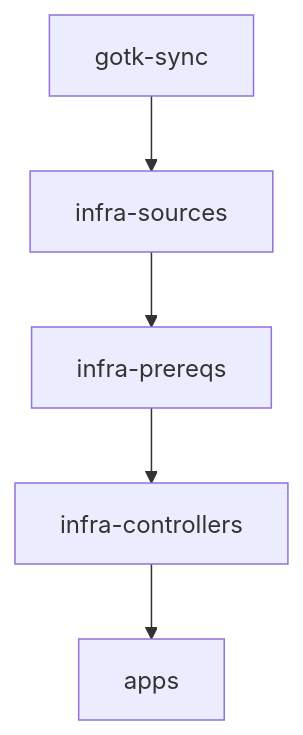
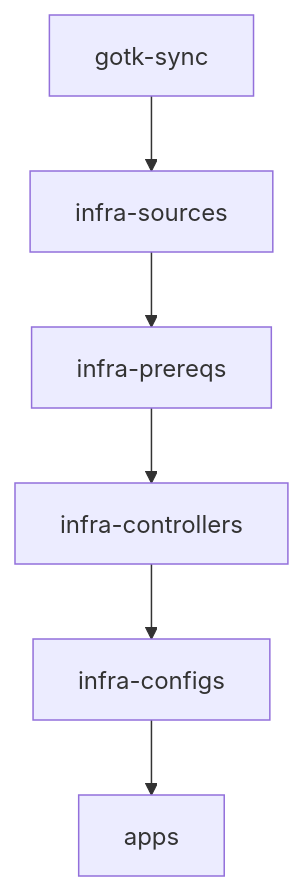
One commit to damoun/fleet-infra changed the diagram in AGENTS.md. Above: the diagram before and after it, drawn with Mermaid. The commit also changed other lines of this file, not shown here.

Commit message:
docs: add infra-configs to the AGENTS.md layer flow

````diff
--- a/AGENTS.md
+++ b/AGENTS.md
@@ -130,7 +131,8 @@
 ```mermaid
 flowchart TD
     Sync[gotk-sync] --> Sources[infra-sources]
     Sources --> Prereqs[infra-prereqs]
     Prereqs --> Controllers[infra-controllers]
-    Controllers --> Apps[apps]
+    Controllers --> Configs[infra-configs]
+    Configs --> Apps[apps]
 ```
````
